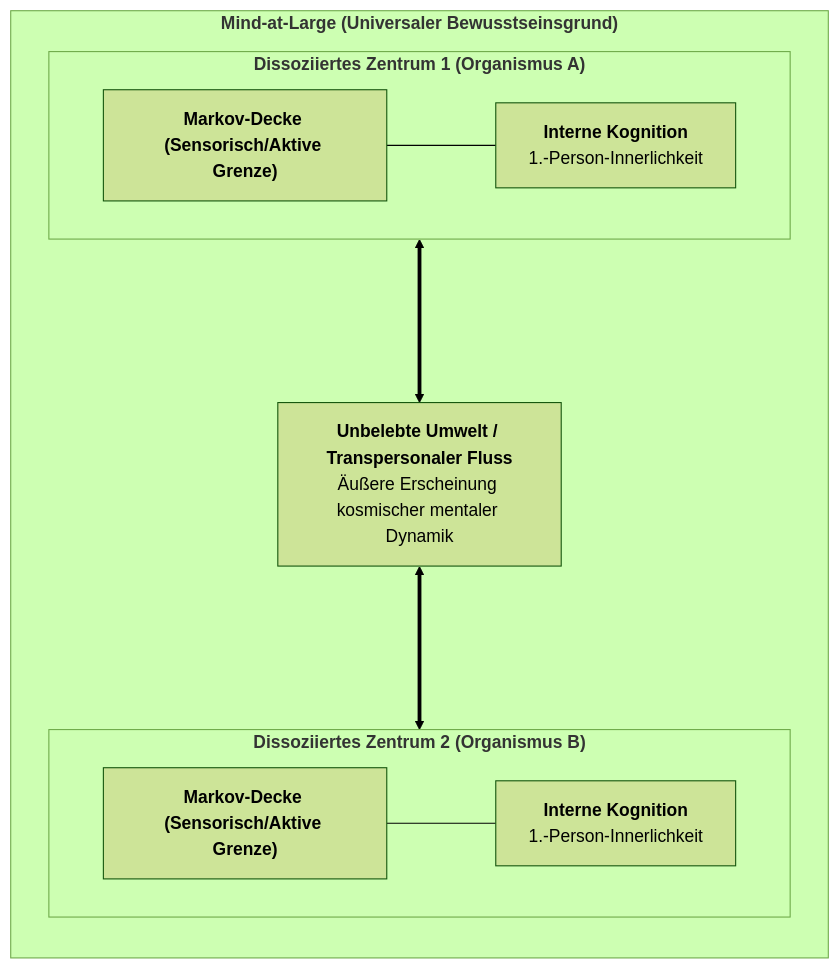
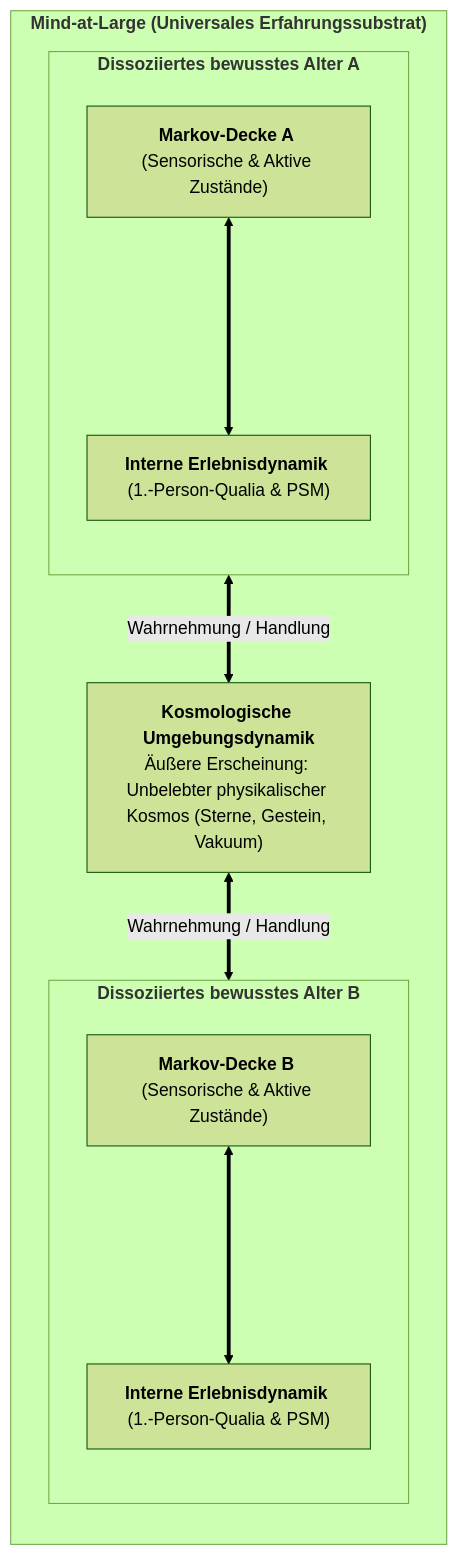
The sixth of 7 diagrams in book/manuscript_de/01_krise_des_physikalismus_und_mind_at_large_de.md (Thriebl/active-inference-phi-network), drawn with Mermaid (forest theme) before and after one commit. The commit also changed other lines of this file and 16 other files, not shown here.

````diff
--- a/book/manuscript_de/01_krise_des_physikalismus_und_mind_at_large_de.md
+++ b/book/manuscript_de/01_krise_des_physikalismus_und_mind_at_large_de.md
@@ -28,22 +169,25 @@
 ```mermaid
 flowchart TD
-    subgraph MAL["<b>Mind-at-Large (Universaler Bewusstseinsgrund)</b>"]
+    subgraph MAL_FIELD["<b>Mind-at-Large (Universales Erfahrungssubstrat)</b>"]
         direction TB
         
-        subgraph ALTER_1["<b>Dissoziiertes Zentrum 1 (Organismus A)</b>"]
-            MB1["<b>Markov-Decke (Sensorisch/Aktive Grenze)</b>"]
-            INT1["<b>Interne Kognition</b><br>1.-Person-Innerlichkeit"]
-            MB1 --- INT1
+        AMBIENT["<b>Kosmologische Umgebungsdynamik</b><br>Äußere Erscheinung: Unbelebter physikalischer Kosmos (Sterne, Gestein, Vakuum)"]
+        
+        subgraph ALTER_A["<b>Dissoziiertes bewusstes Alter A</b>"]
+            direction TB
+            MB_A["<b>Markov-Decke A</b> (Sensorische & Aktive Zustände)"]
+            INT_A["<b>Interne Erlebnisdynamik</b> (1.-Person-Qualia & PSM)"]
+            MB_A <===> INT_A
         end
         
-        subgraph ALTER_2["<b>Dissoziiertes Zentrum 2 (Organismus B)</b>"]
-            MB2["<b>Markov-Decke (Sensorisch/Aktive Grenze)</b>"]
-            INT2["<b>Interne Kognition</b><br>1.-Person-Innerlichkeit"]
-            MB2 --- INT2
+        subgraph ALTER_B["<b>Dissoziiertes bewusstes Alter B</b>"]
+            direction TB
+            MB_B["<b>Markov-Decke B</b> (Sensorische & Aktive Zustände)"]
+            INT_B["<b>Interne Erlebnisdynamik</b> (1.-Person-Qualia & PSM)"]
+            MB_B <===> INT_B
         end
         
-        EXT["<b>Unbelebte Umwelt / Transpersonaler Fluss</b><br>Äußere Erscheinung kosmischer mentaler Dynamik"]
+        ALTER_A <== "Wahrnehmung / Handlung" ==> AMBIENT
+        AMBIENT <== "Wahrnehmung / Handlung" ==> ALTER_B
     end
-    
-    ALTER_1 <===> EXT <===> ALTER_2
 ```
````
